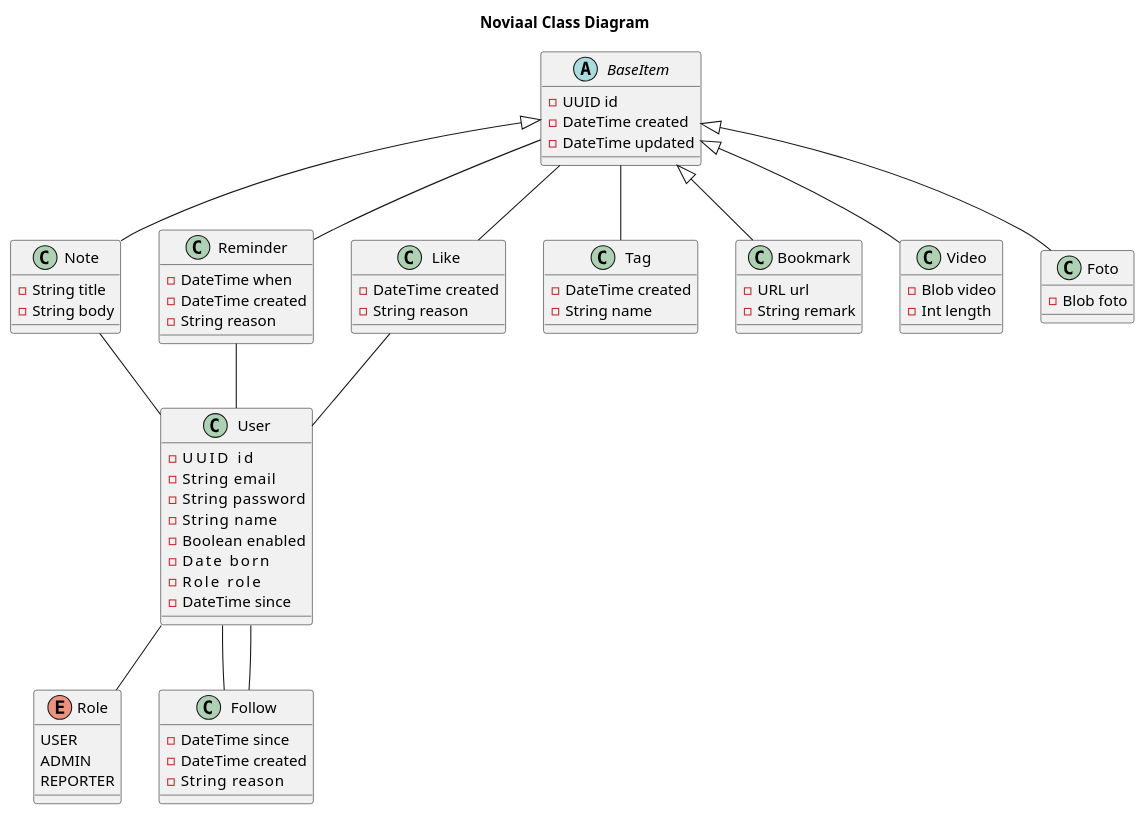
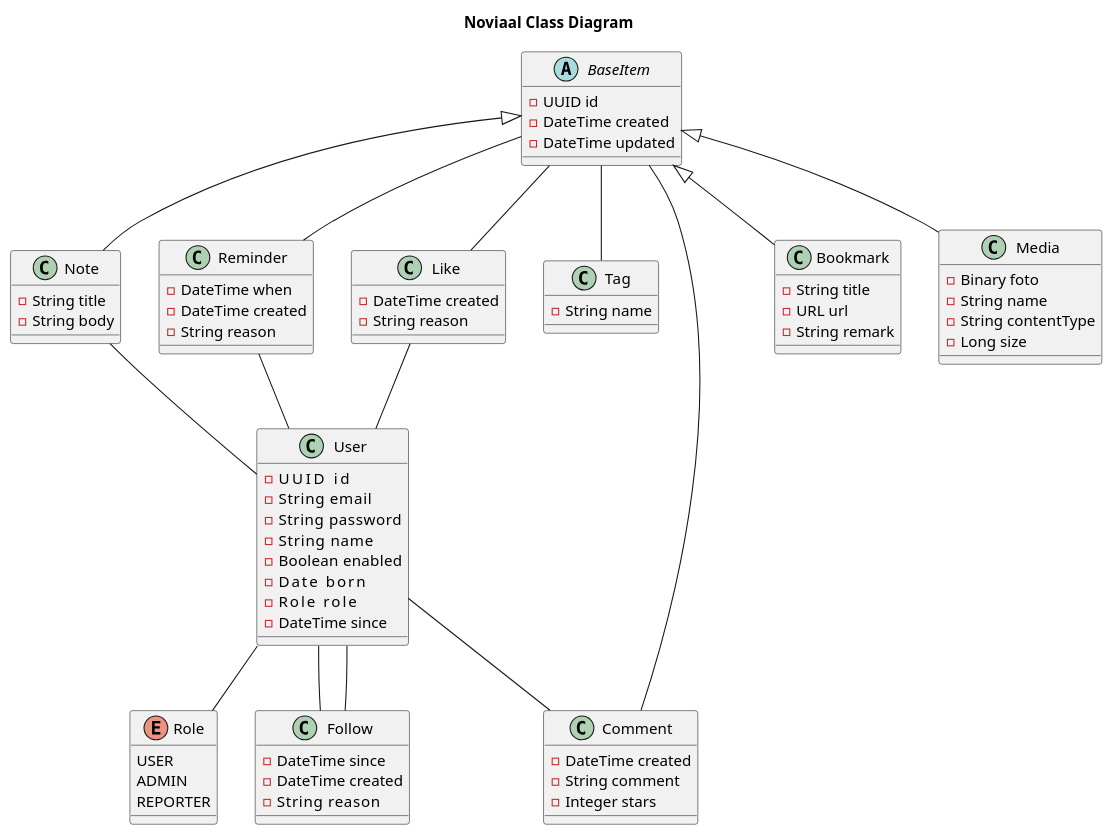
One commit to jvorhauer/noviaal changed the diagram in documentatie/TO/class-diagram.puml. Above: the diagram before and after it, drawn with PlantUML. The commit also changed 36 other files, not shown here.

Commit message:
Media ipv video.

```diff
--- a/documentatie/TO/class-diagram.puml
+++ b/documentatie/TO/class-diagram.puml
@@ -1,82 +1,88 @@
 @startuml class-diagram
 
 title Noviaal Class Diagram
 
 Note -- User
 
 class User {
   - UUID     id
   - String   email
   - String   password
   - String   name
   - Boolean  enabled
   - Date     born
   - Role     role
   - DateTime since
 }
 
 enum Role {
   USER
   ADMIN
   REPORTER
 }
 
 User -- Role
 
 abstract class BaseItem {
   - UUID id
   - DateTime created
   - DateTime updated
 }
 
 together {
   class Note extends BaseItem {
     - String title
     - String body
   }
 
-  class Foto extends BaseItem {
-    - Blob foto
-  }
-
-  class Video extends BaseItem {
-    - Blob video
-    - Int length
+  class Media extends BaseItem {
+    - Binary foto
+    - String name
+    - String contentType
+    - Long size
   }
 
   class Bookmark extends BaseItem {
+    - String title
     - URL url
     - String remark
   }
 }
 
 class Reminder {
   - DateTime when
   - DateTime created
   - String reason
 }
 BaseItem -- Reminder
 Reminder -- User
 
 class Like {
   - DateTime created
   - String reason
 }
 BaseItem -- Like
 Like -- User
 
 class Follow {
   - DateTime since
   - DateTime created
   - String   reason
 }
 User -- Follow
 Follow -- User
 
 class Tag {
-  - DateTime created
   - String name
 }
 BaseItem -- Tag
 
+class Comment {
+  - DateTime created
+  - String comment
+  - Integer stars
+}
+BaseItem -- Comment
+User -- Comment
+
 @enduml
```
